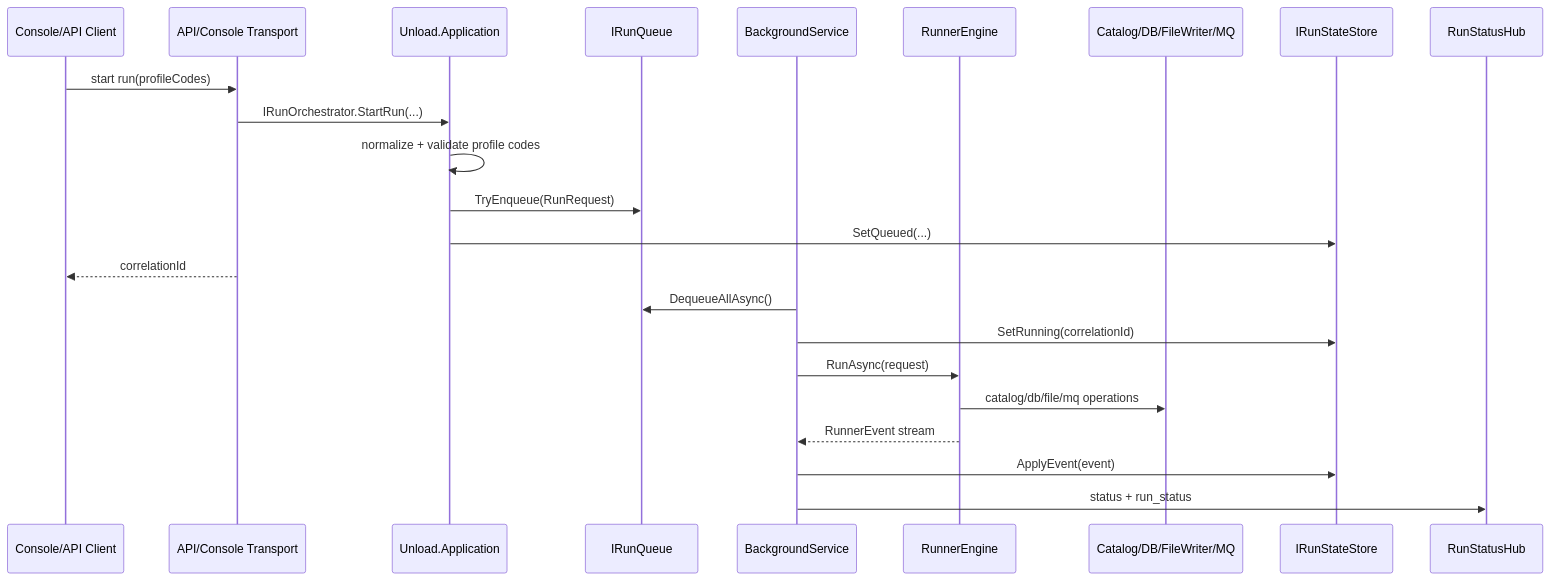
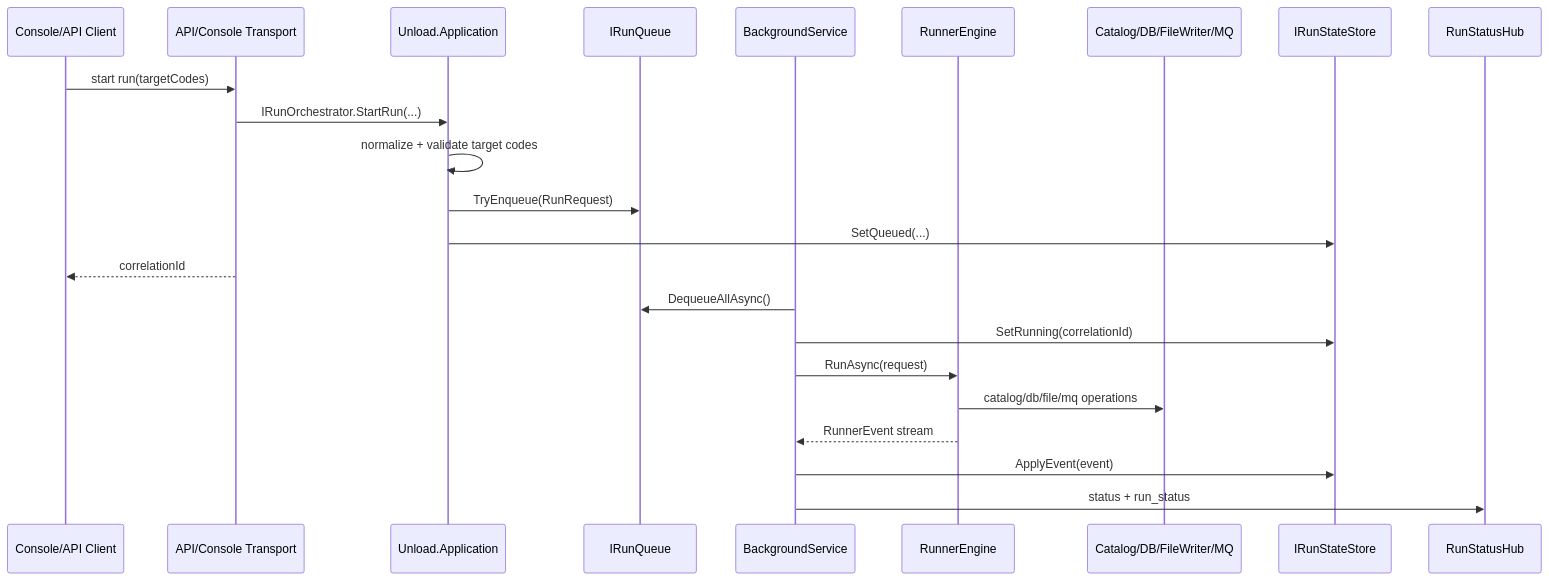
One commit to Dehydrohaloalkan/unload changed the second of 2 diagrams in docs/ARCHITECTURE.md. Above: the diagram before and after it, drawn with Mermaid. The commit also changed other lines of this file and 26 other files, not shown here.

Commit message:
Refactor code to replace 'ProfileCodes' with 'TargetCodes'

````diff
--- a/docs/ARCHITECTURE.md
+++ b/docs/ARCHITECTURE.md
@@ -110,27 +110,27 @@
 ```mermaid
 sequenceDiagram
     participant Client as Console/API Client
     participant Transport as API/Console Transport
     participant App as Unload.Application
     participant Queue as IRunQueue
     participant Worker as BackgroundService
     participant Runner as RunnerEngine
     participant Infra as Catalog/DB/FileWriter/MQ
     participant State as IRunStateStore
     participant SignalR as RunStatusHub
 
-    Client->>Transport: start run(profileCodes)
+    Client->>Transport: start run(targetCodes)
     Transport->>App: IRunOrchestrator.StartRun(...)
-    App->>App: normalize + validate profile codes
+    App->>App: normalize + validate target codes
     App->>Queue: TryEnqueue(RunRequest)
     App->>State: SetQueued(...)
     Transport-->>Client: correlationId
 
     Worker->>Queue: DequeueAllAsync()
     Worker->>State: SetRunning(correlationId)
     Worker->>Runner: RunAsync(request)
     Runner->>Infra: catalog/db/file/mq operations
     Runner-->>Worker: RunnerEvent stream
     Worker->>State: ApplyEvent(event)
     Worker->>SignalR: status + run_status
 ```
````
